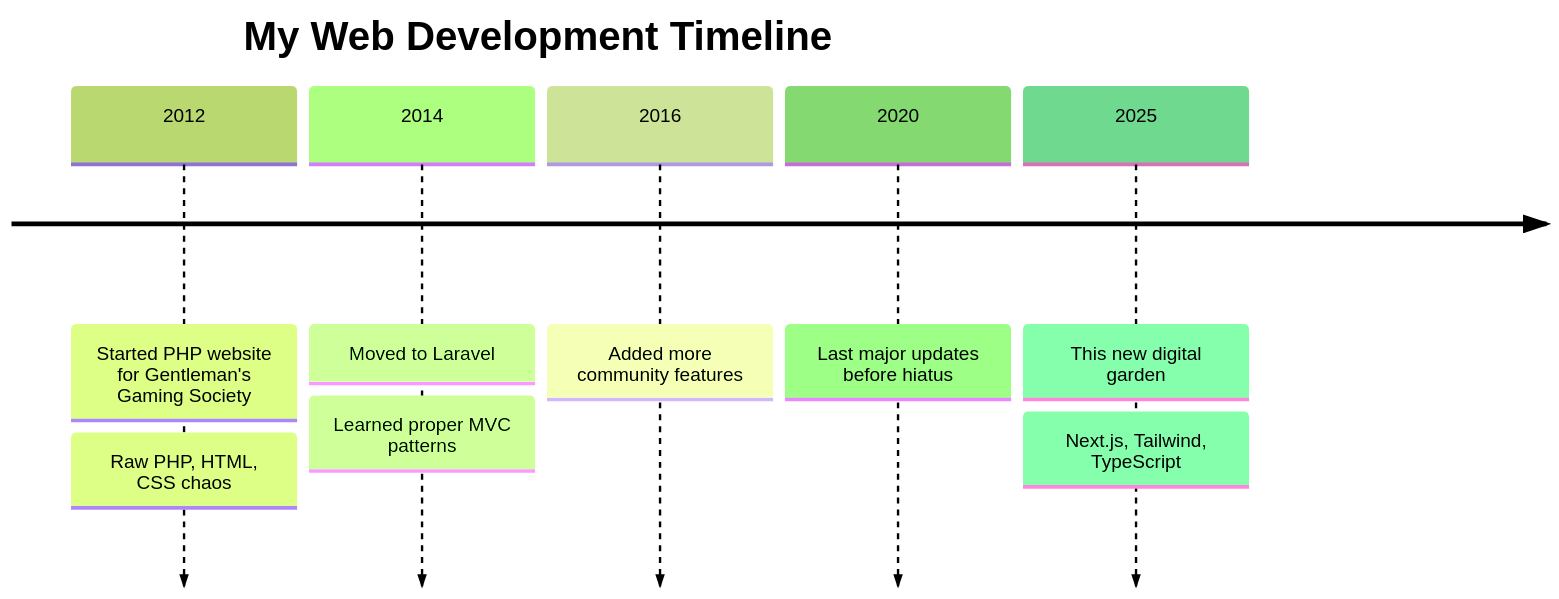
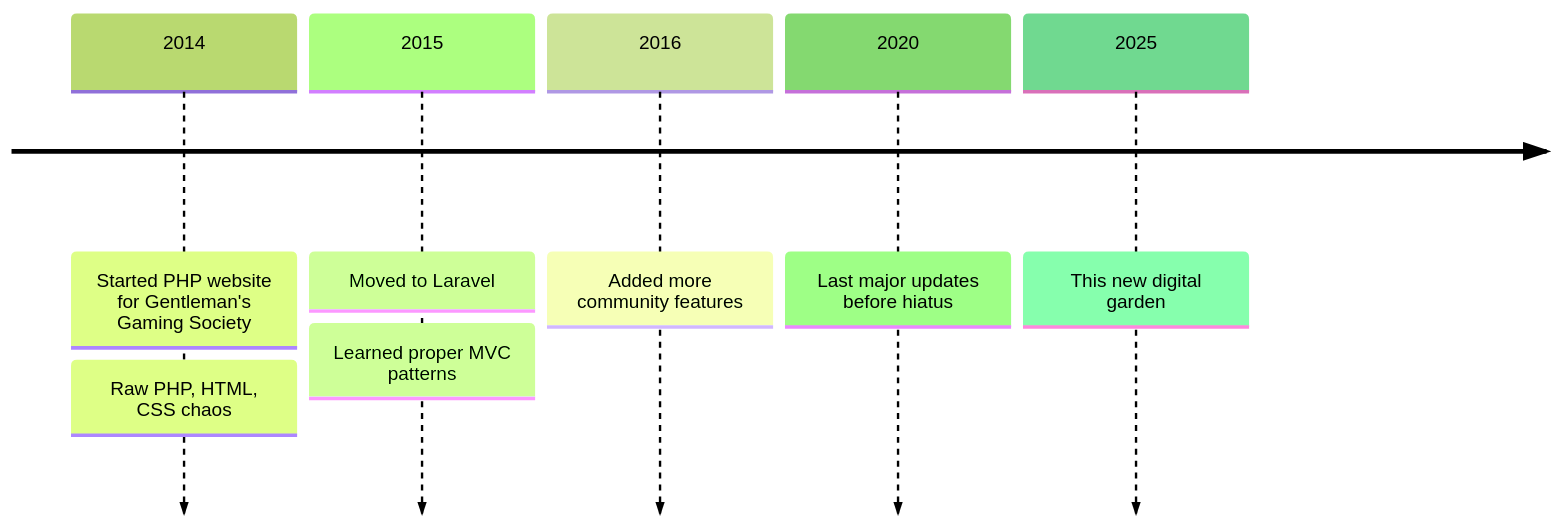
Before and after one commit to johnnyhuy/website: the diagram in data/blog/reigniting-the-flame.mdx, drawn with Mermaid (forest theme). The commit also changed other lines of this file and 2 other files, not shown here.

Commit message:
Update blog post content and improve dev script with concurrent builds

````diff
--- a/data/blog/reigniting-the-flame.mdx
+++ b/data/blog/reigniting-the-flame.mdx
@@ -26,12 +39,10 @@
 ```mermaid
 timeline
-    title My Web Development Timeline
-    2012 : Started PHP website for Gentleman's Gaming Society
+    2014 : Started PHP website for Gentleman's Gaming Society
          : Raw PHP, HTML, CSS chaos
-    2014 : Moved to Laravel
+    2015 : Moved to Laravel
          : Learned proper MVC patterns
     2016 : Added more community features
     2020 : Last major updates before hiatus
     2025 : This new digital garden
-         : Next.js, Tailwind, TypeScript
 ```
````
